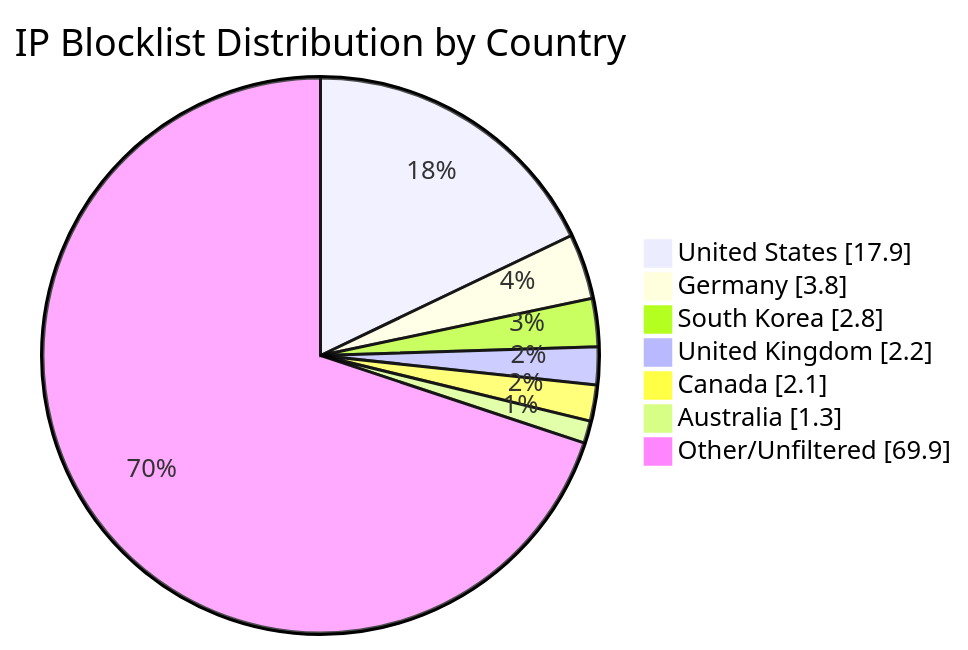
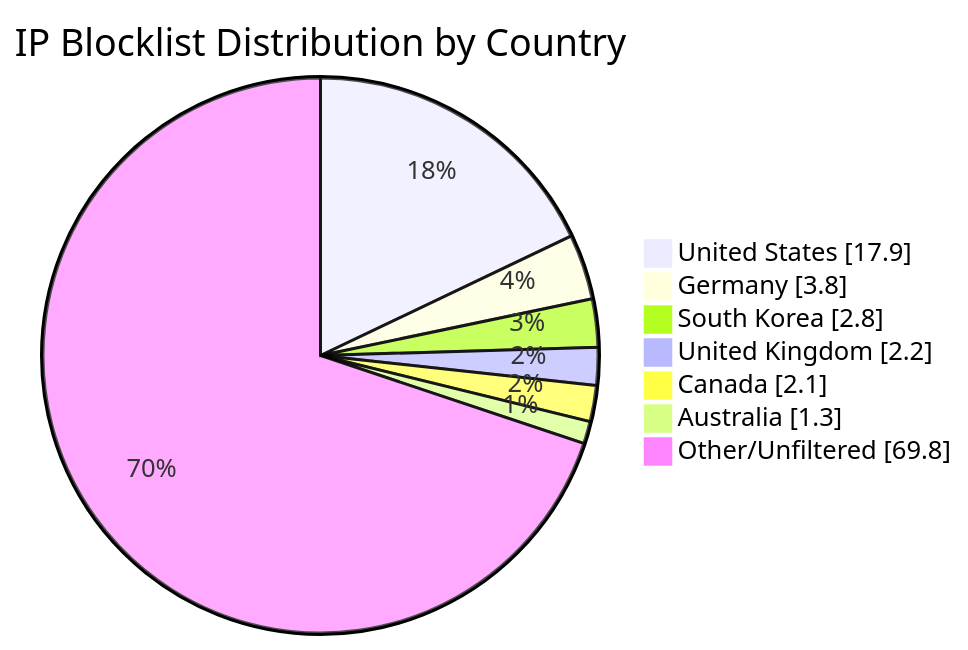
Before and after one commit to MarcusHoltz/ipblocklist-geofiltered-aggregator: the diagram in README.md, drawn with Mermaid. The commit also changed other lines of this file and 9 other files, not shown here.

````diff
--- a/README.md
+++ b/README.md
@@ -34,10 +34,10 @@
 ```mermaid
 pie showData title IP Blocklist Distribution by Country
 "United States" : 17.9
 "Germany" : 3.8
 "South Korea" : 2.8
 "United Kingdom" : 2.2
 "Canada" : 2.1
 "Australia" : 1.3
-"Other/Unfiltered" : 69.9
+"Other/Unfiltered" : 69.8
 ```
````
